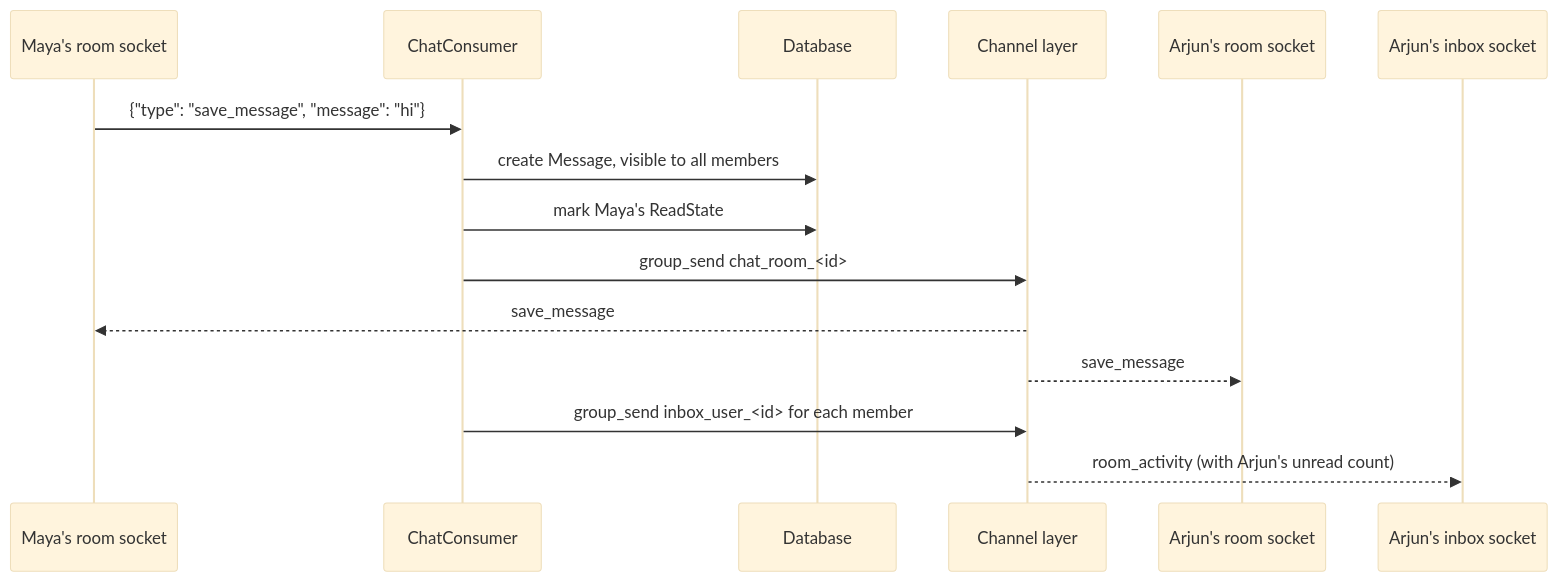
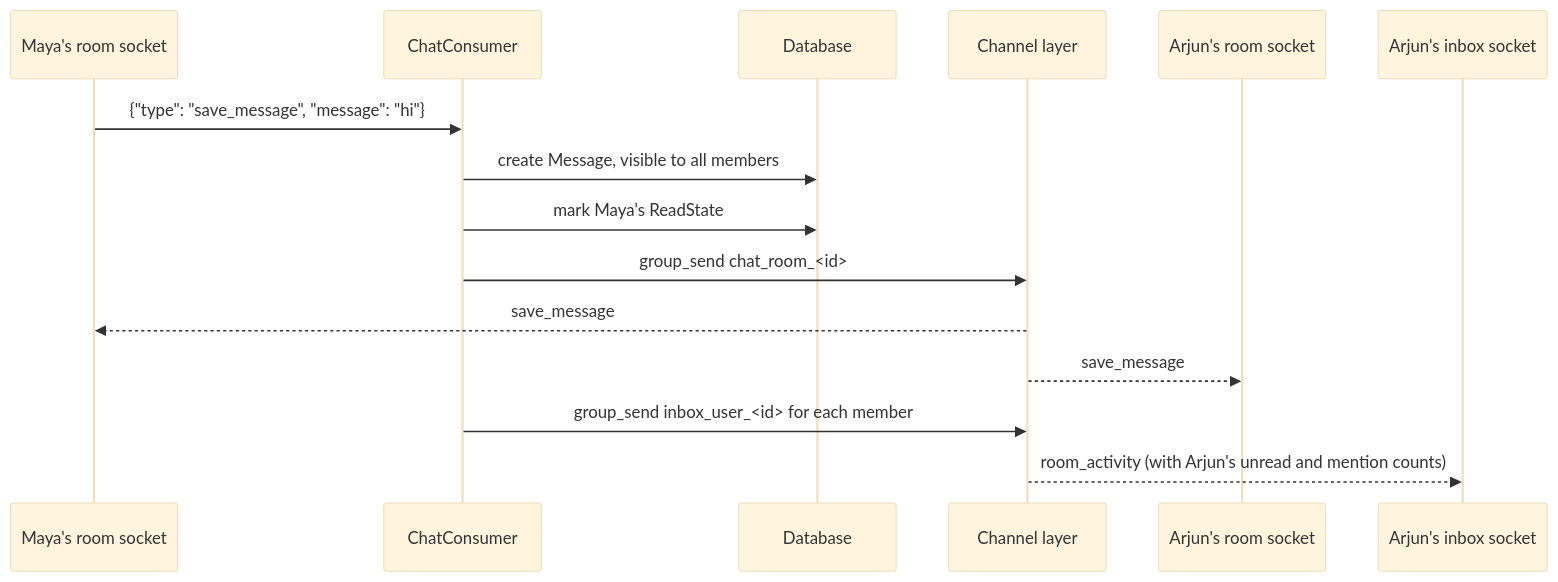
Before and after one commit to achuthvarghese/django-realtime-chat: the second of 2 diagrams in docs/architecture.md, drawn with Mermaid (base theme). The commit also changed other lines of this file and 9 other files, not shown here.

````diff
--- a/docs/architecture.md
+++ b/docs/architecture.md
@@ -73,18 +74,18 @@
 ```mermaid
 sequenceDiagram
     participant A as Maya's room socket
     participant CC as ChatConsumer
     participant DB as Database
     participant CL as Channel layer
     participant B as Arjun's room socket
     participant IB as Arjun's inbox socket
 
     A->>CC: {"type": "save_message", "message": "hi"}
     CC->>DB: create Message, visible to all members
     CC->>DB: mark Maya's ReadState
     CC->>CL: group_send chat_room_<id>
     CL-->>A: save_message
     CL-->>B: save_message
     CC->>CL: group_send inbox_user_<id> for each member
-    CL-->>IB: room_activity (with Arjun's unread count)
+    CL-->>IB: room_activity (with Arjun's unread and mention counts)
 ```
````
